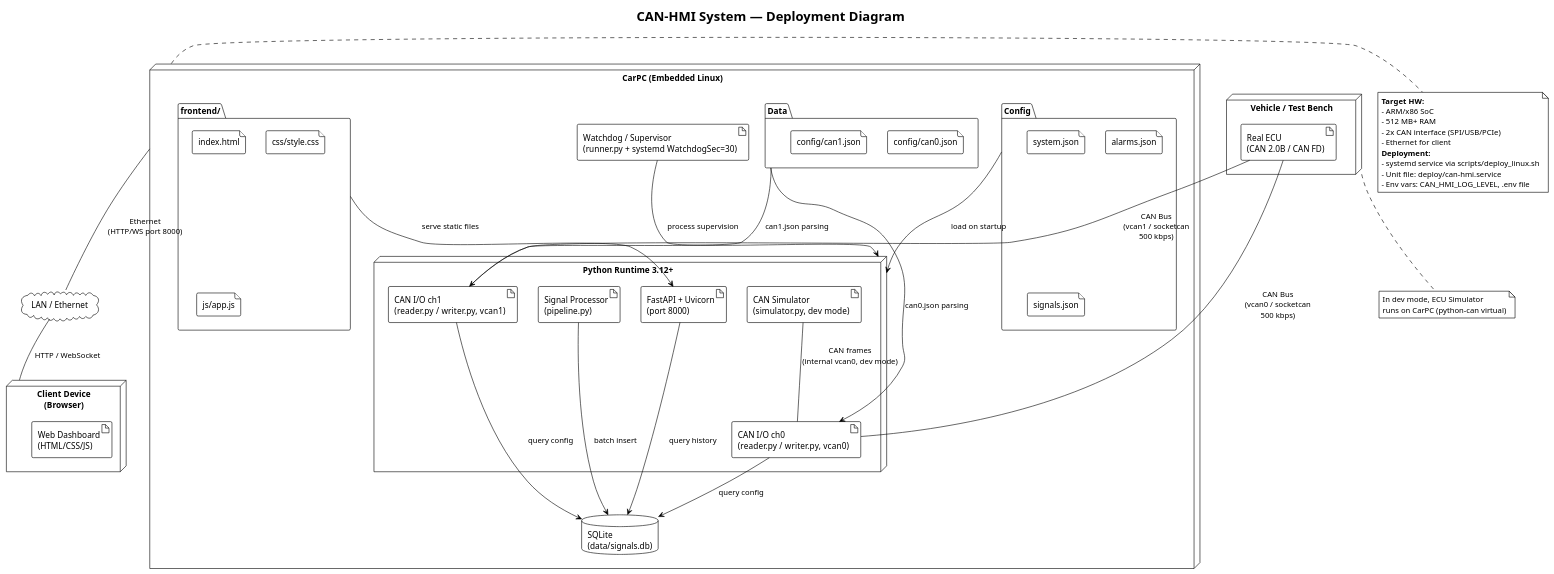
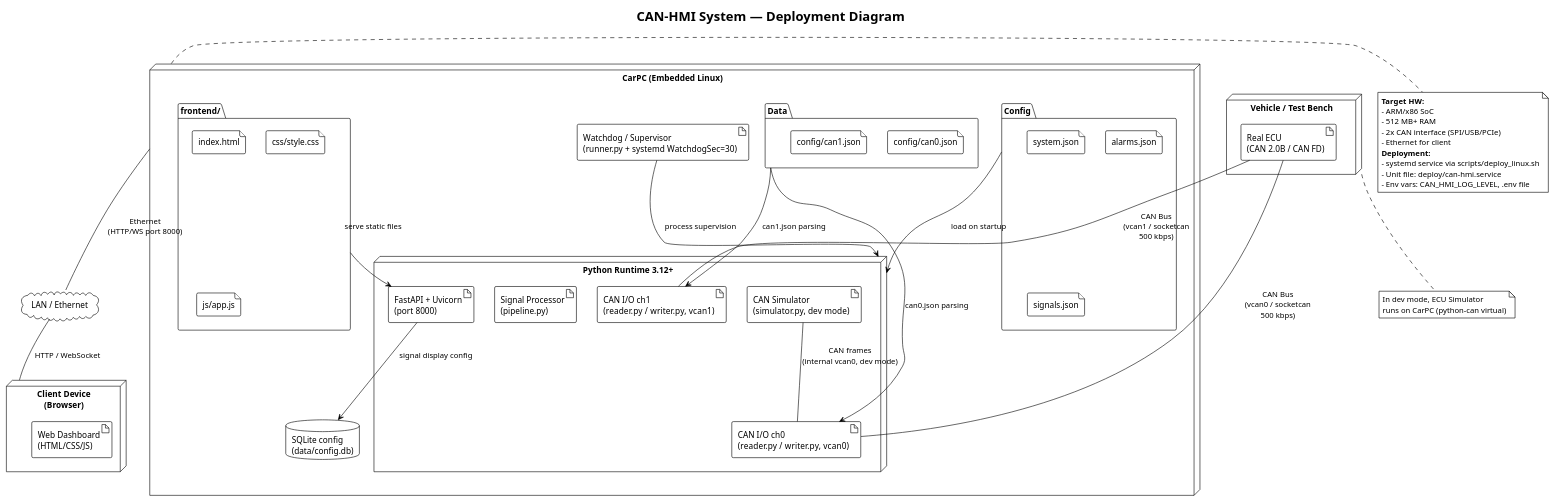
One commit to 3tdn/car-hmi changed the diagram in diagram/10_deployment.puml. Above: the diagram before and after it, drawn with PlantUML. The commit also changed 58 other files, not shown here.

```diff
--- a/diagram/10_deployment.puml
+++ b/diagram/10_deployment.puml
@@ -1,74 +1,71 @@
 @startuml Deployment Diagram
 !theme plain
 title CAN-HMI System — Deployment Diagram
 
 node "Vehicle / Test Bench" as vehicle {
     artifact "Real ECU\n(CAN 2.0B / CAN FD)" as real_ecu
 }
 
 note bottom of vehicle
   In dev mode, ECU Simulator
   runs on CarPC (python-can virtual)
 end note
 
 node "CarPC (Embedded Linux)" as carpc {
     node "Python Runtime 3.12+" as pyruntime {
         artifact "CAN Simulator\n(simulator.py, dev mode)" as sim
         artifact "CAN I/O ch0\n(reader.py / writer.py, vcan0)" as canio0
         artifact "CAN I/O ch1\n(reader.py / writer.py, vcan1)" as canio1
         artifact "Signal Processor\n(pipeline.py)" as proc
         artifact "FastAPI + Uvicorn\n(port 8000)" as api
     }
-    database "SQLite\n(data/signals.db)" as sqlite
+    database "SQLite config\n(data/config.db)" as sqlite
     artifact "Watchdog / Supervisor\n(runner.py + systemd WatchdogSec=30)" as mon
     folder "Config" as conf {
         file "system.json"
         file "alarms.json"
         file "signals.json"
     }
     folder "Data" as data {
         file "config/can0.json"
         file "config/can1.json"
     }
     folder "frontend/" as fedir {
         file "index.html"
         file "css/style.css"
         file "js/app.js"
     }
 }
 
 node "Client Device\n(Browser)" as client {
     artifact "Web Dashboard\n(HTML/CSS/JS)" as dash
 }
 
 cloud "LAN / Ethernet" as net
 
 real_ecu -- canio0 : CAN Bus\n(vcan0 / socketcan\n500 kbps)
 real_ecu -- canio1 : CAN Bus\n(vcan1 / socketcan\n500 kbps)
 carpc -- net : Ethernet\n(HTTP/WS port 8000)
 net -- client : HTTP / WebSocket
 
-canio0 --> sqlite : query config
-canio1 --> sqlite : query config
-proc --> sqlite : batch insert
-api --> sqlite : query history
+api --> sqlite : signal display config
 conf --> pyruntime : load on startup
 data --> canio0 : can0.json parsing
 data --> canio1 : can1.json parsing
 sim -- canio0 : "CAN frames\n(internal vcan0, dev mode)"
 fedir --> api : serve static files
 mon --> pyruntime : process supervision
 
 note right of carpc
     **Target HW:**
     - ARM/x86 SoC
     - 512 MB+ RAM
     - 2x CAN interface (SPI/USB/PCIe)
     - Ethernet for client
     **Deployment:**
     - systemd service via scripts/deploy_linux.sh
     - Unit file: deploy/can-hmi.service
     - Env vars: CAN_HMI_LOG_LEVEL, .env file
 end note
 
 @enduml
```
